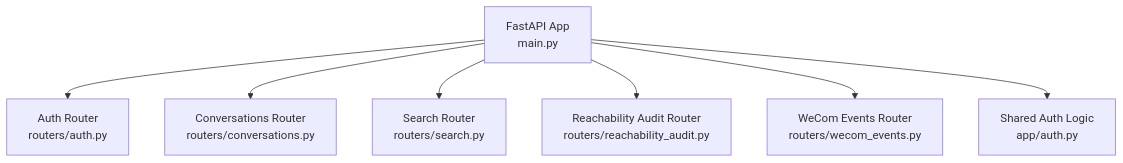
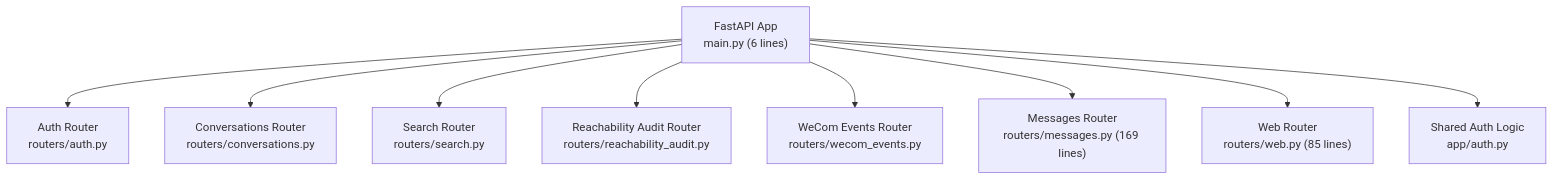
One commit to zuohaisu/wecom-archive changed the first of 12 diagrams in .qoder/repowiki/en/content/Architecture/Web Application Architecture/Server & Routing.md. Above: the diagram before and after it, drawn with Mermaid. The commit also changed other lines of this file and 148 other files, not shown here.

````diff
--- a/.qoder/repowiki/en/content/Architecture/Web Application Architecture/Server & Routing.md
+++ b/.qoder/repowiki/en/content/Architecture/Web Application Architecture/Server & Routing.md
@@ -34,9 +46,11 @@
 ```mermaid
 graph TB
-A["FastAPI App<br/>main.py"] --> B["Auth Router<br/>routers/auth.py"]
+A["FastAPI App<br/>main.py (6 lines)"] --> B["Auth Router<br/>routers/auth.py"]
 A --> C["Conversations Router<br/>routers/conversations.py"]
 A --> D["Search Router<br/>routers/search.py"]
 A --> E["Reachability Audit Router<br/>routers/reachability_audit.py"]
 A --> F["WeCom Events Router<br/>routers/wecom_events.py"]
-A --> G["Shared Auth Logic<br/>app/auth.py"]
+A --> G["Messages Router<br/>routers/messages.py (169 lines)"]
+A --> H["Web Router<br/>routers/web.py (85 lines)"]
+A --> I["Shared Auth Logic<br/>app/auth.py"]
 ```
````
